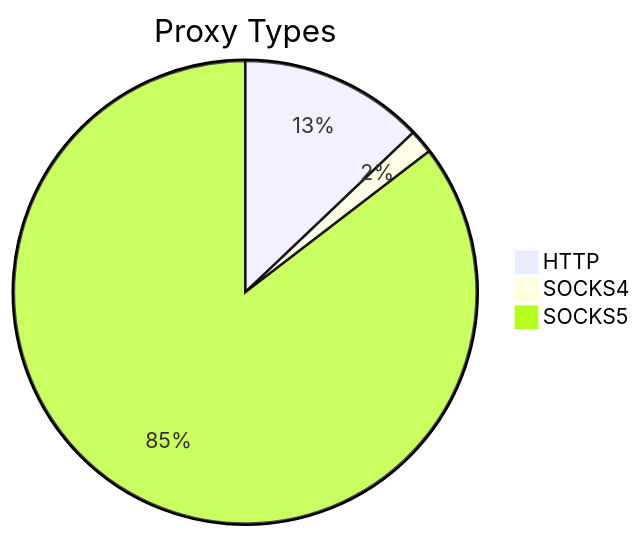
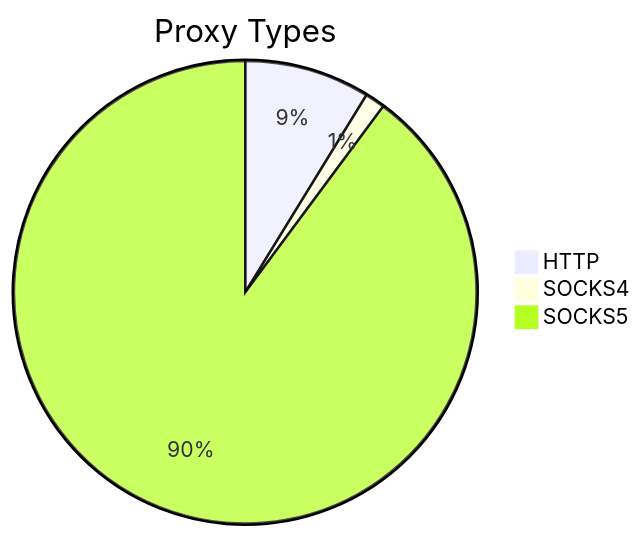
Before and after one commit to stormsia/proxy-list: the first of 2 diagrams in README.md, drawn with Mermaid. The commit also changed other lines of this file, not shown here.

````diff
--- a/README.md
+++ b/README.md
@@ -21,6 +21,6 @@
 ```mermaid
 pie title Proxy Types
-    "HTTP" : 336
-    "SOCKS4" : 44
-    "SOCKS5" : 2225
+    "HTTP" : 410
+    "SOCKS4" : 65
+    "SOCKS5" : 4200
 ```
````
